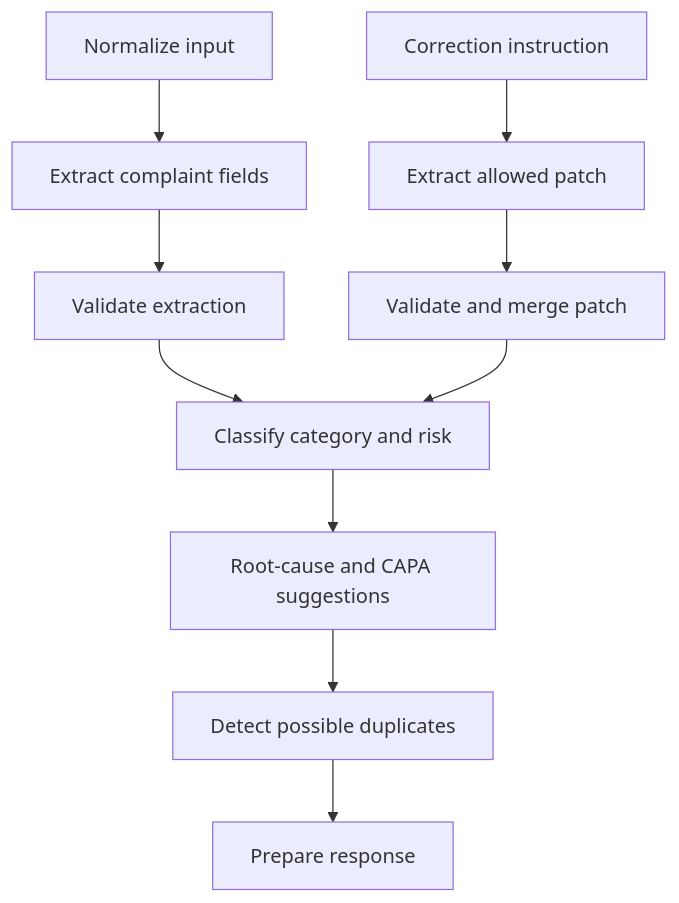
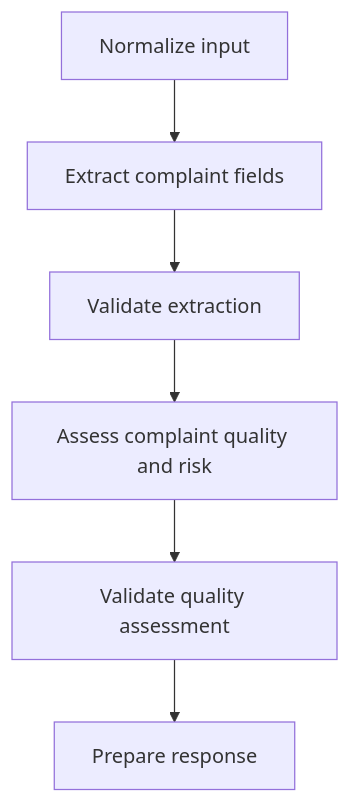
Before and after one commit to gaganakumarm/ai-pharma-complaint-qms: the third of 4 diagrams in docs/architecture.md, drawn with Mermaid. The commit also changed other lines of this file and 26 other files, not shown here.

Commit message:
feat: add AI complaint quality assessment

````diff
--- a/docs/architecture.md
+++ b/docs/architecture.md
@@ -125,12 +125,8 @@
 ```mermaid
 flowchart TD
     N["Normalize input"] --> X["Extract complaint fields"]
     X --> V["Validate extraction"]
-    V --> R["Classify category and risk"]
-    R --> C["Root-cause and CAPA suggestions"]
-    C --> D["Detect possible duplicates"]
-    D --> P["Prepare response"]
-    U["Correction instruction"] --> CP["Extract allowed patch"]
-    CP --> CV["Validate and merge patch"]
-    CV --> R
+    V --> R["Assess complaint quality and risk"]
+    R --> A["Validate quality assessment"]
+    A --> P["Prepare response"]
 ```
````
